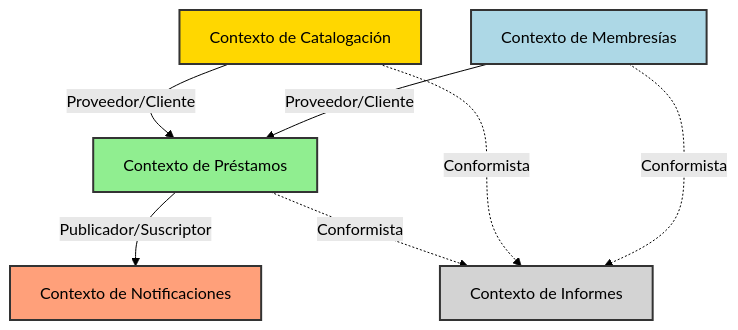
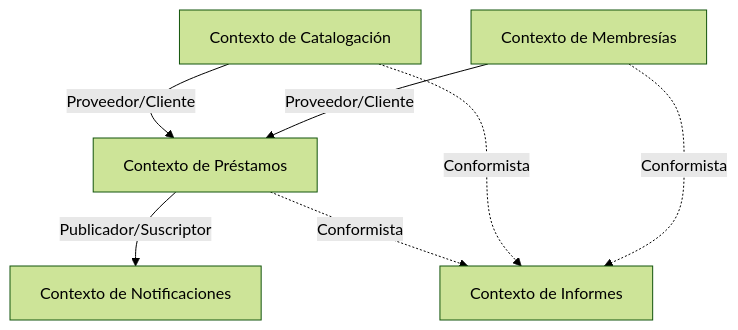
Before and after one commit to aialphanovatide/software-architecture-guide: the tenth of 11 diagrams in docs/ddd/bounded-contexts.md, drawn with Mermaid (forest theme). The commit also changed other lines of this file and 8 other files, not shown here.

````diff
--- a/docs/ddd/bounded-contexts.md
+++ b/docs/ddd/bounded-contexts.md
@@ -401,21 +346,15 @@
 ```mermaid
 graph TD
     C[Contexto de Catalogación]
     P[Contexto de Préstamos]
     M[Contexto de Membresías]
     I[Contexto de Informes]
     N[Contexto de Notificaciones]
     
     C -->|Proveedor/Cliente| P
     M -->|Proveedor/Cliente| P
     P -->|Publicador/Suscriptor| N
     P -.->|Conformista| I
     C -.->|Conformista| I
     M -.->|Conformista| I
-    
-    style C fill:#FFD700,stroke:#333,stroke-width:2px
-    style P fill:#90EE90,stroke:#333,stroke-width:2px
-    style M fill:#ADD8E6,stroke:#333,stroke-width:2px
-    style I fill:#D3D3D3,stroke:#333,stroke-width:2px
-    style N fill:#FFA07A,stroke:#333,stroke-width:2px
 ```
````
